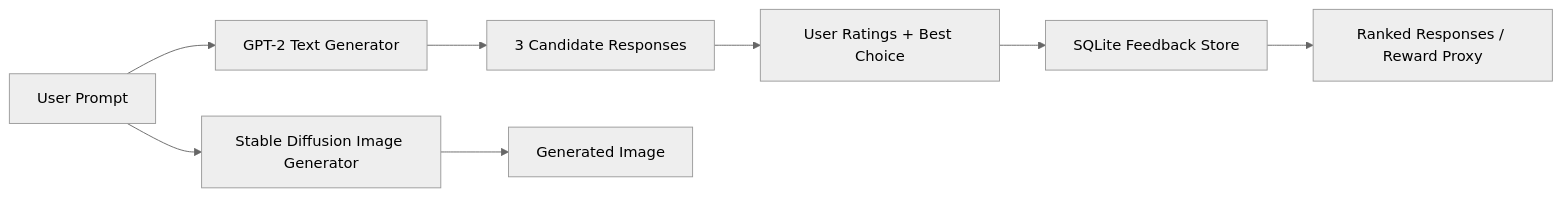
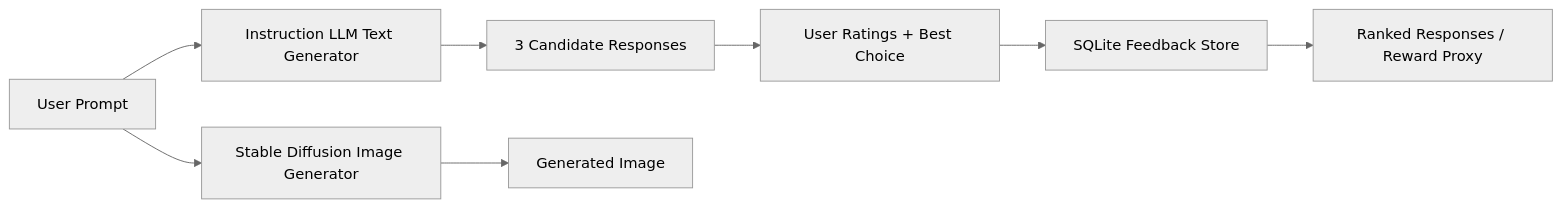
The diagram in presentation/Smart_AI_Assistant_Slides.md (Shaadi619/Advanced-AI_Class), drawn with Mermaid (neutral theme) before and after one commit. The commit also changed other lines of this file and 13 other files, not shown here.

````diff
--- a/presentation/Smart_AI_Assistant_Slides.md
+++ b/presentation/Smart_AI_Assistant_Slides.md
@@ -25,10 +25,10 @@
 ```mermaid
 flowchart LR
-    A["User Prompt"] --> B["GPT-2 Text Generator"]
+    A["User Prompt"] --> B["Instruction LLM Text Generator"]
     A --> C["Stable Diffusion Image Generator"]
     B --> D["3 Candidate Responses"]
     D --> E["User Ratings + Best Choice"]
     E --> F["SQLite Feedback Store"]
     F --> G["Ranked Responses / Reward Proxy"]
     C --> H["Generated Image"]
 ```
````
